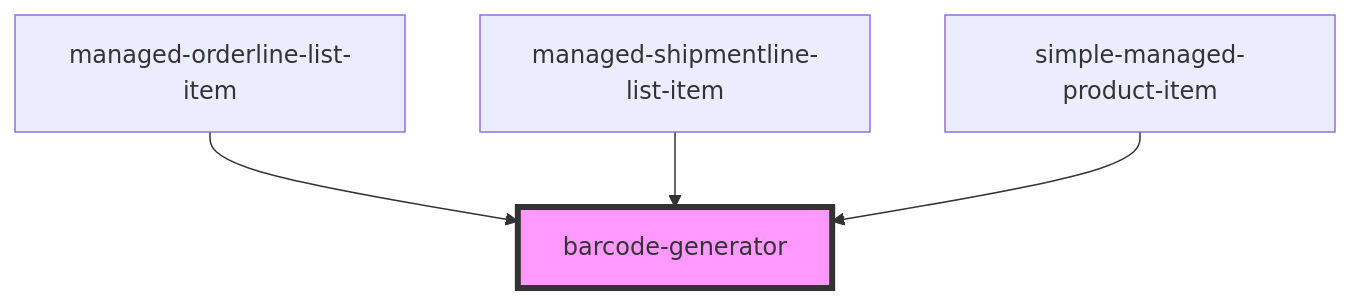
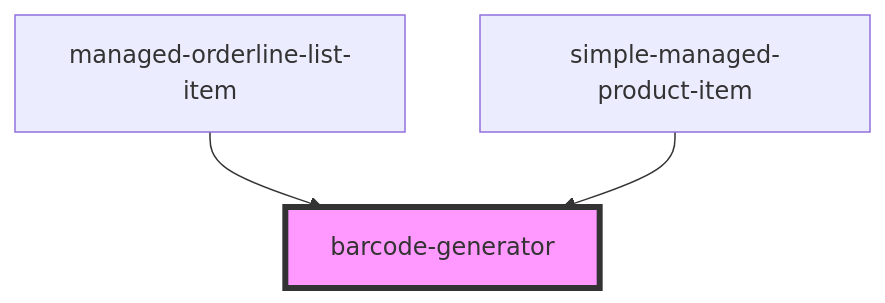
One commit to PharmaLedger-IMI/fgt-workspace changed the diagram in pdm-web-components/src/components/barcode-generator/readme.md. Above: the diagram before and after it, drawn with Mermaid. The commit also changed other lines of this file and 13 other files, not shown here.

````diff
--- a/pdm-web-components/src/components/barcode-generator/readme.md
+++ b/pdm-web-components/src/components/barcode-generator/readme.md
@@ -29,7 +28,6 @@
 ```mermaid
 graph TD;
   managed-orderline-list-item --> barcode-generator
-  managed-shipmentline-list-item --> barcode-generator
   simple-managed-product-item --> barcode-generator
   style barcode-generator fill:#f9f,stroke:#333,stroke-width:4px
 ```
````
